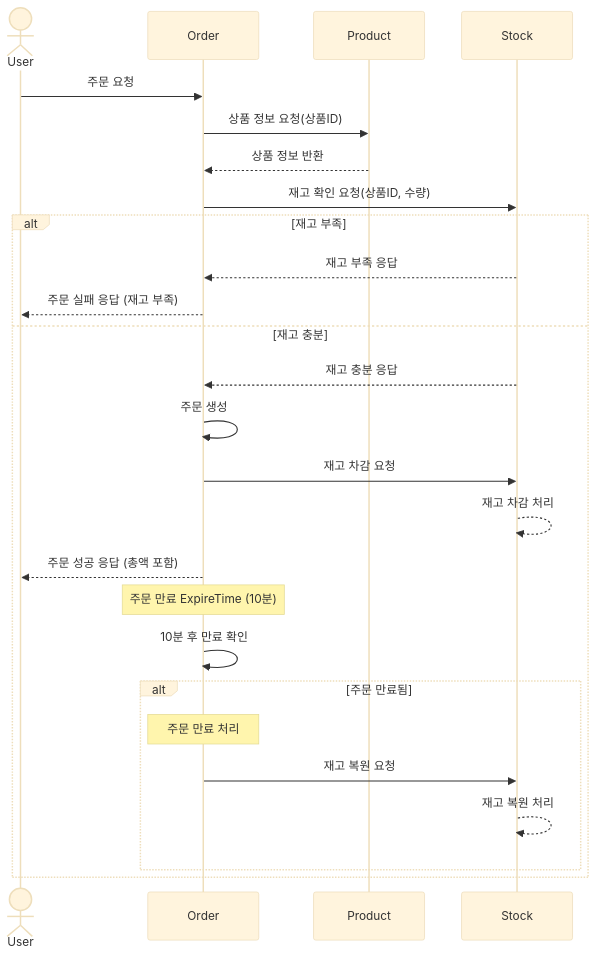
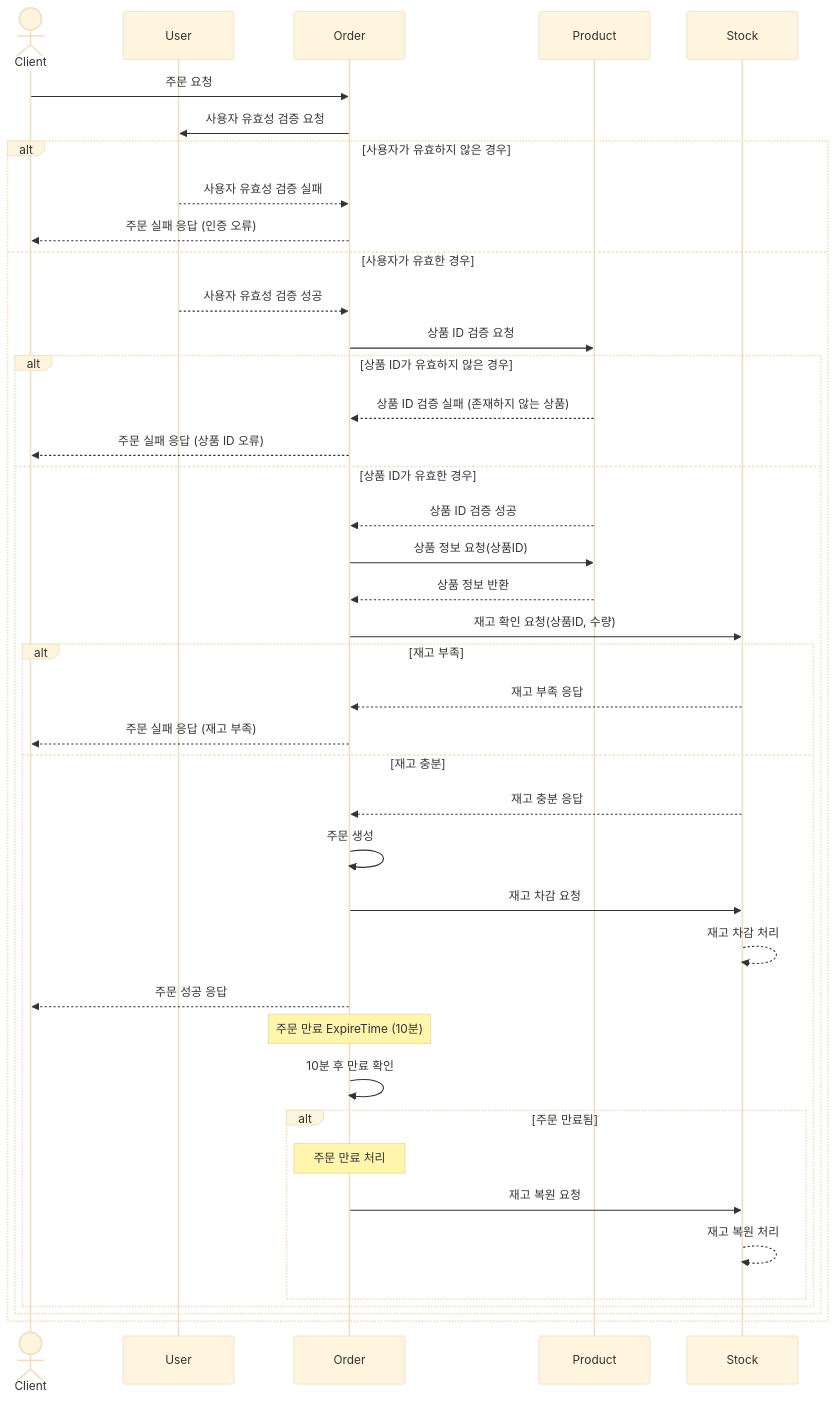
One commit to KMGeon/hhplus-e-commerce changed the sixth of 8 diagrams in docs/SequenceDiagram.md. Above: the diagram before and after it, drawn with Mermaid (base theme). The commit also changed other lines of this file, not shown here.

Commit message:
[DOCS] : 시퀀스 다이어그램

````diff
--- a/docs/SequenceDiagram.md
+++ b/docs/SequenceDiagram.md
@@ -87,38 +182,54 @@
 ```mermaid
 sequenceDiagram
-    
-    actor User
+    actor Client
+    participant UserAuth as User
     participant Order
     participant Product
     participant Stock
     
-    User->>Order: 주문 요청
+    Client->>Order: 주문 요청
     
-    Order->>Product: 상품 정보 요청(상품ID)
-    Product-->>Order: 상품 정보 반환
+    Order->>UserAuth: 사용자 유효성 검증 요청
+    
+    alt 사용자가 유효하지 않은 경우
+        UserAuth-->>Order: 사용자 유효성 검증 실패
+        Order-->>Client: 주문 실패 응답 (인증 오류)
+    else 사용자가 유효한 경우
+        UserAuth-->>Order: 사용자 유효성 검증 성공
         
-    Order->>Stock: 재고 확인 요청(상품ID, 수량)
-    
-    alt 재고 부족
-        Stock-->>Order: 재고 부족 응답
-        Order-->>User: 주문 실패 응답 (재고 부족)
-    else 재고 충분
-        Stock-->>Order: 재고 충분 응답
+        Order->>Product: 상품 ID 검증 요청
         
-        Order->>Order: 주문 생성
-        Order->>Stock: 재고 차감 요청
-        Stock-->>Stock: 재고 차감 처리
-        
-        Order-->>User: 주문 성공 응답 (총액 포함)
-        
-        Note over Order: 주문 만료 ExpireTime (10분)
-        
-        Order->>Order: 10분 후 만료 확인
-        
-        alt 주문 만료됨
-            Note over Order: 주문 만료 처리
-            Order->>Stock: 재고 복원 요청
-            Stock-->>Stock: 재고 복원 처리
+        alt 상품 ID가 유효하지 않은 경우
+            Product-->>Order: 상품 ID 검증 실패 (존재하지 않는 상품)
+            Order-->>Client: 주문 실패 응답 (상품 ID 오류)
+        else 상품 ID가 유효한 경우
+            Product-->>Order: 상품 ID 검증 성공
+            
+            Order->>Product: 상품 정보 요청(상품ID)
+            Product-->>Order: 상품 정보 반환
+            
+            Order->>Stock: 재고 확인 요청(상품ID, 수량)
+            
+            alt 재고 부족
+                Stock-->>Order: 재고 부족 응답
+                Order-->>Client: 주문 실패 응답 (재고 부족)
+            else 재고 충분
+                Stock-->>Order: 재고 충분 응답
+                
+                Order->>Order: 주문 생성
+                Order->>Stock: 재고 차감 요청
+                Stock-->>Stock: 재고 차감 처리
+                Order-->>Client: 주문 성공 응답
+                
+                Note over Order: 주문 만료 ExpireTime (10분)
+                Order->>Order: 10분 후 만료 확인
+                
+                alt 주문 만료됨
+                    Note over Order: 주문 만료 처리
+                    Order->>Stock: 재고 복원 요청
+                    Stock-->>Stock: 재고 복원 처리
+                end
+            end
         end
     end
 ```
````
